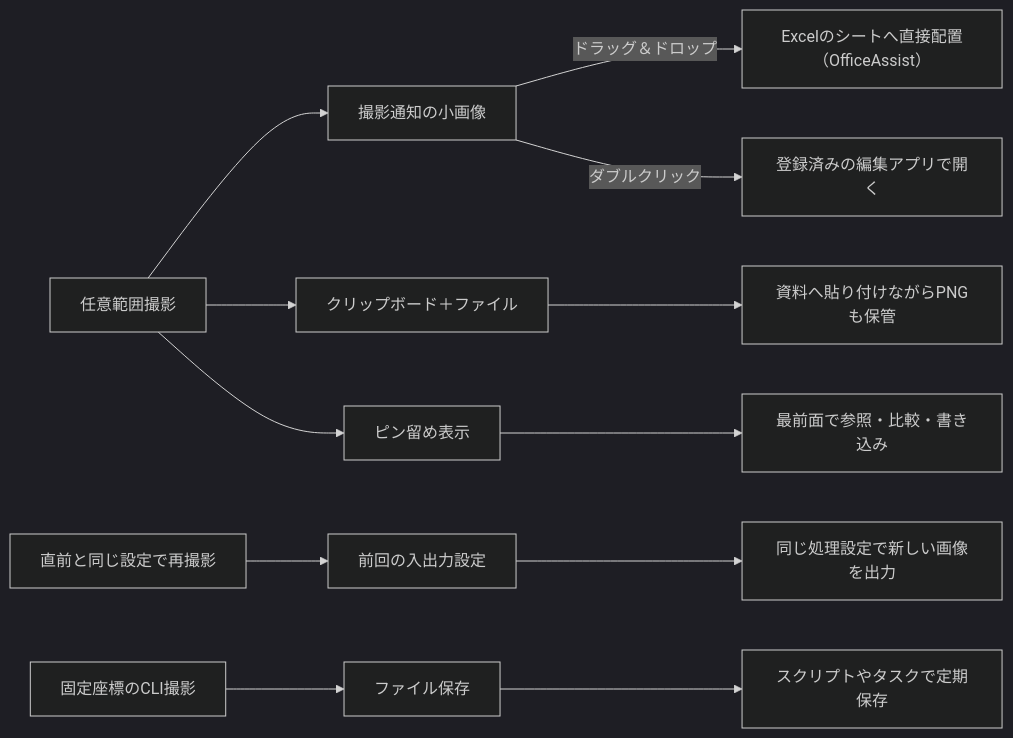
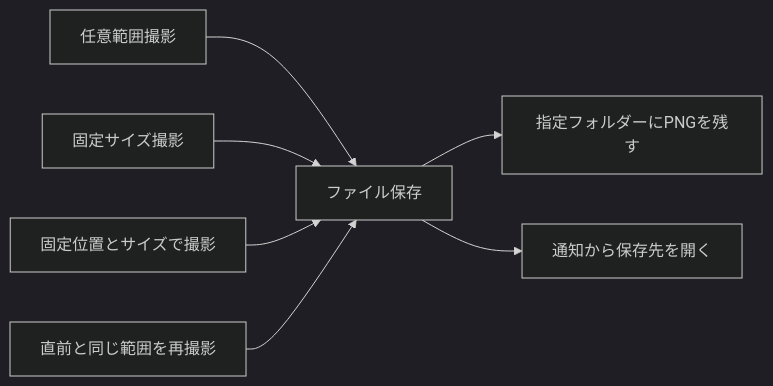
Before and after one commit to KotorinChunChun/SSCapture: the second of 2 diagrams in README.md, drawn with Mermaid (dark theme). The commit also changed other lines of this file, not shown here.

Commit message:
活用フローをクリップボードとファイル保存の2図に簡素化する

````diff
--- a/README.md
+++ b/README.md
@@ -27,14 +21,9 @@
 ```mermaid
 flowchart LR
-    area["任意範囲撮影"] --> notification["撮影通知の小画像"]
-    notification -->|ドラッグ＆ドロップ| excel["Excelのシートへ直接配置（OfficeAssist）"]
-    notification -->|ダブルクリック| editor["登録済みの編集アプリで開く"]
-    area --> both["クリップボード＋ファイル"]
-    both --> documents["資料へ貼り付けながらPNGも保管"]
-    area --> pin["ピン留め表示"]
-    pin --> compare["最前面で参照・比較・書き込み"]
-    sameSettings["直前と同じ設定で再撮影"] --> previousOutput["前回の入出力設定"]
-    previousOutput --> latest["同じ処理設定で新しい画像を出力"]
-    cli["固定座標のCLI撮影"] --> file["ファイル保存"]
-    file --> schedule["スクリプトやタスクで定期保存"]
+    area["任意範囲撮影"] --> file["ファイル保存"]
+    size["固定サイズ撮影"] --> file
+    position["固定位置とサイズで撮影"] --> file
+    repeat["直前と同じ範囲を再撮影"] --> file
+    file --> destination["指定フォルダーにPNGを残す"]
+    file --> openFolder["通知から保存先を開く"]
 ```
````
